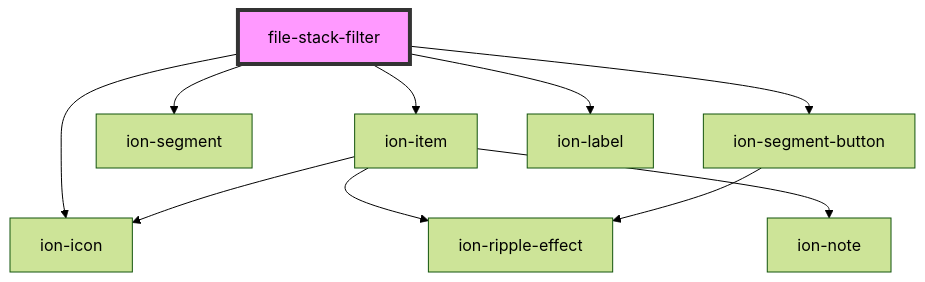
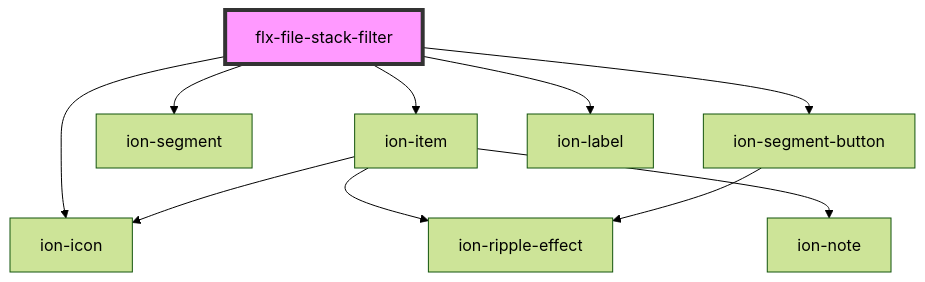
The diagram in src/components/file/stack-filter/readme.md (Scan0815/felix-core), drawn with Mermaid (forest theme) before and after one commit. The commit also changed other lines of this file and 16 other files, not shown here.

````diff
--- a/src/components/file/stack-filter/readme.md
+++ b/src/components/file/stack-filter/readme.md
@@ -33,13 +33,13 @@
 ```mermaid
 graph TD;
-  file-stack-filter --> ion-item
-  file-stack-filter --> ion-segment
-  file-stack-filter --> ion-segment-button
-  file-stack-filter --> ion-label
-  file-stack-filter --> ion-icon
+  flx-file-stack-filter --> ion-item
+  flx-file-stack-filter --> ion-segment
+  flx-file-stack-filter --> ion-segment-button
+  flx-file-stack-filter --> ion-label
+  flx-file-stack-filter --> ion-icon
   ion-item --> ion-icon
   ion-item --> ion-ripple-effect
   ion-item --> ion-note
   ion-segment-button --> ion-ripple-effect
-  style file-stack-filter fill:#f9f,stroke:#333,stroke-width:4px
+  style flx-file-stack-filter fill:#f9f,stroke:#333,stroke-width:4px
 ```
````
